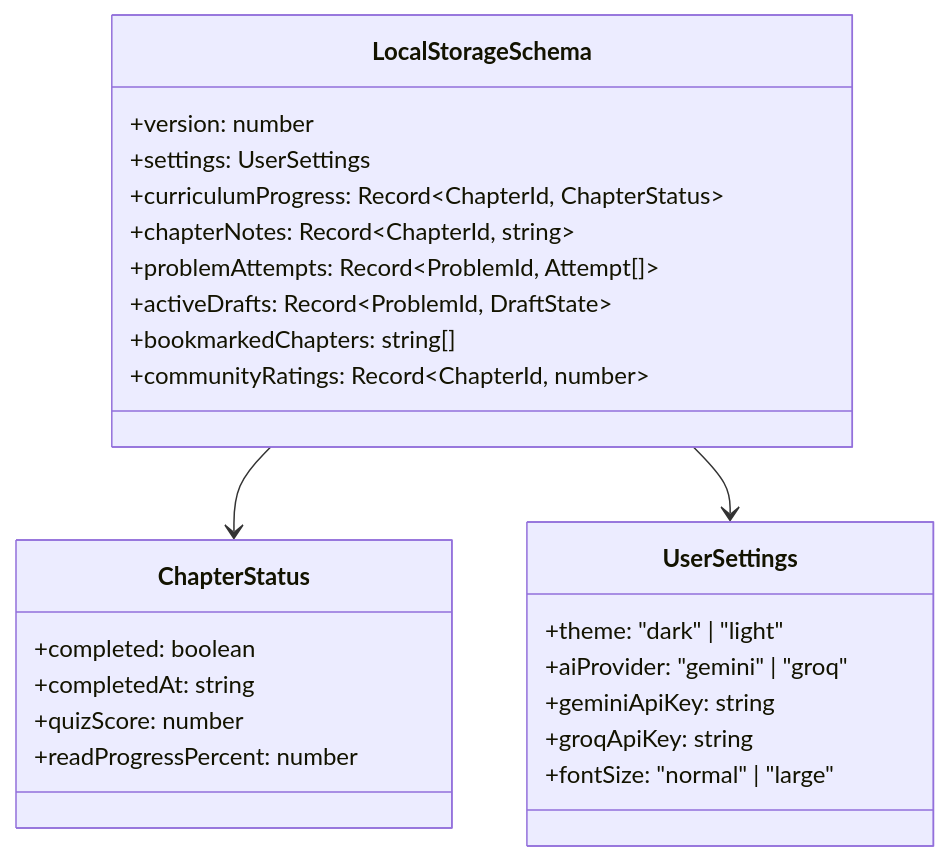
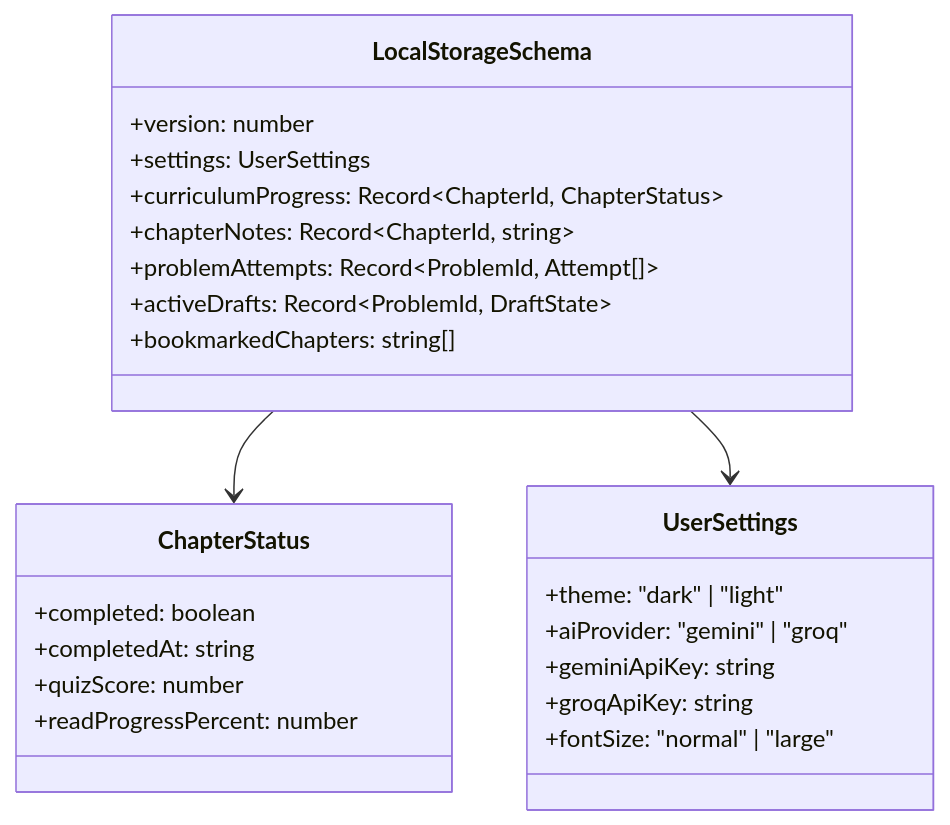
Before and after one commit to SachinManral/DesignLoop: the second of 3 diagrams in docs/ARCHITECTURE_LLD.md, drawn with Mermaid. The commit also changed other lines of this file and 6 other files, not shown here.

````diff
--- a/docs/ARCHITECTURE_LLD.md
+++ b/docs/ARCHITECTURE_LLD.md
@@ -206,31 +204,30 @@
 ```mermaid
 classDiagram
     class LocalStorageSchema {
         +version: number
         +settings: UserSettings
         +curriculumProgress: Record~ChapterId, ChapterStatus~
         +chapterNotes: Record~ChapterId, string~
         +problemAttempts: Record~ProblemId, Attempt[]~
         +activeDrafts: Record~ProblemId, DraftState~
         +bookmarkedChapters: string[]
-        +communityRatings: Record~ChapterId, number~
     }
 
     class ChapterStatus {
         +completed: boolean
         +completedAt: string
         +quizScore: number
         +readProgressPercent: number
     }
 
     class UserSettings {
         +theme: "dark" | "light"
         +aiProvider: "gemini" | "groq"
         +geminiApiKey: string
         +groqApiKey: string
         +fontSize: "normal" | "large"
     }
 
     LocalStorageSchema --> ChapterStatus
     LocalStorageSchema --> UserSettings
 ```
````
